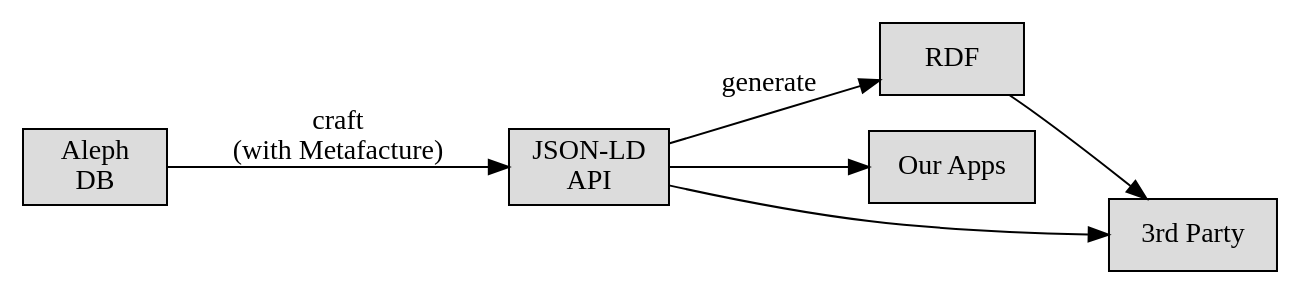
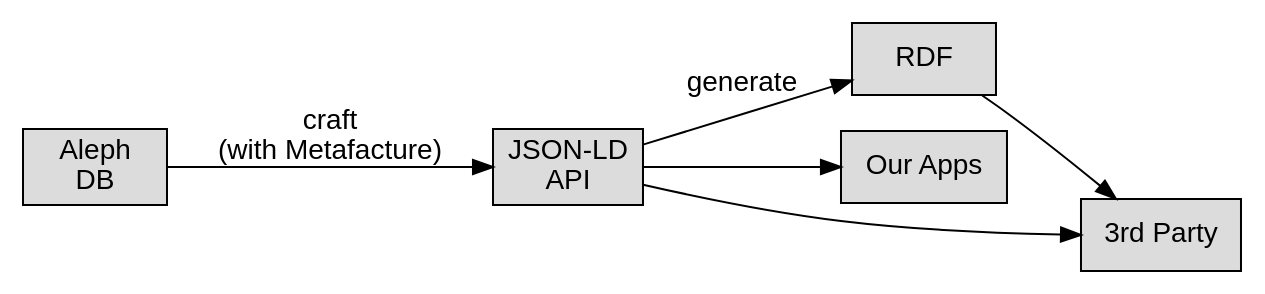
Before and after one commit to hbz/hbz.github.com: the diagram in figures/lobid-2.dot, drawn with Graphviz. The commit also changed 7 other files, not shown here.

```diff
--- a/figures/lobid-2.dot
+++ b/figures/lobid-2.dot
@@ -1,16 +1,18 @@
 digraph {
 	rankdir=LR
-	node[shape=box style=filled fillcolor=gainsboro width=1]
+	node[shape=box style=filled fillcolor=gainsboro width=1 fontname=helvetica]
+	graph[fontname=helvetica]
+	edge[fontname=helvetica]
 	
 	db[label="Aleph\nDB"]
 	rdf[label="RDF"]
 	json[label="JSON-LD\nAPI"]
 	apps[label="Our Apps"]
 	third[label="3rd Party"]
 	
 	db->json[label="craft\n(with Metafacture)"]
 	json->rdf[label=generate]
 	json->apps
 	json->third
 	rdf->third
 }
```
